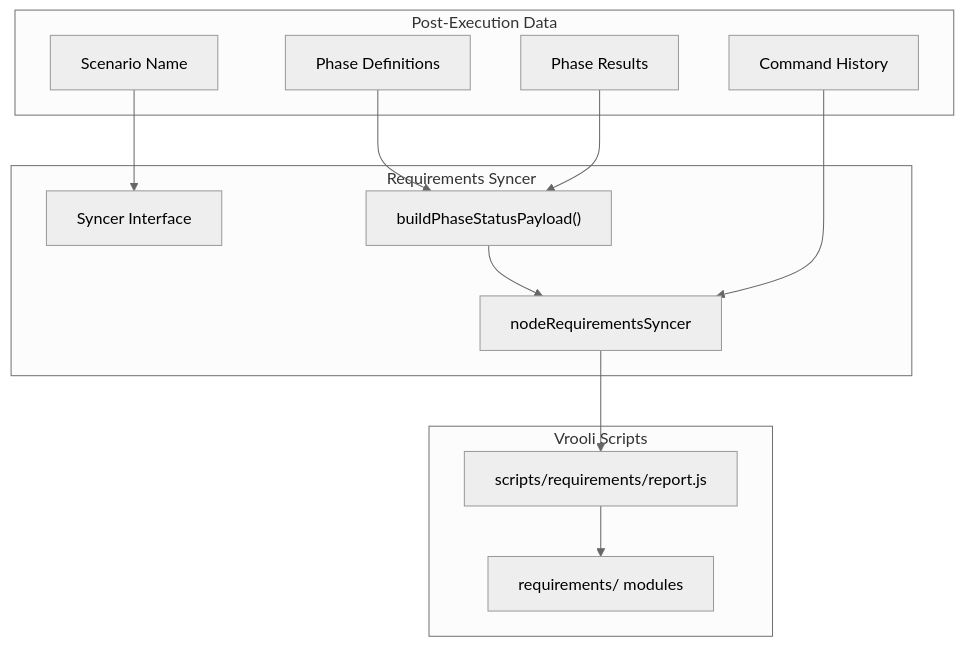
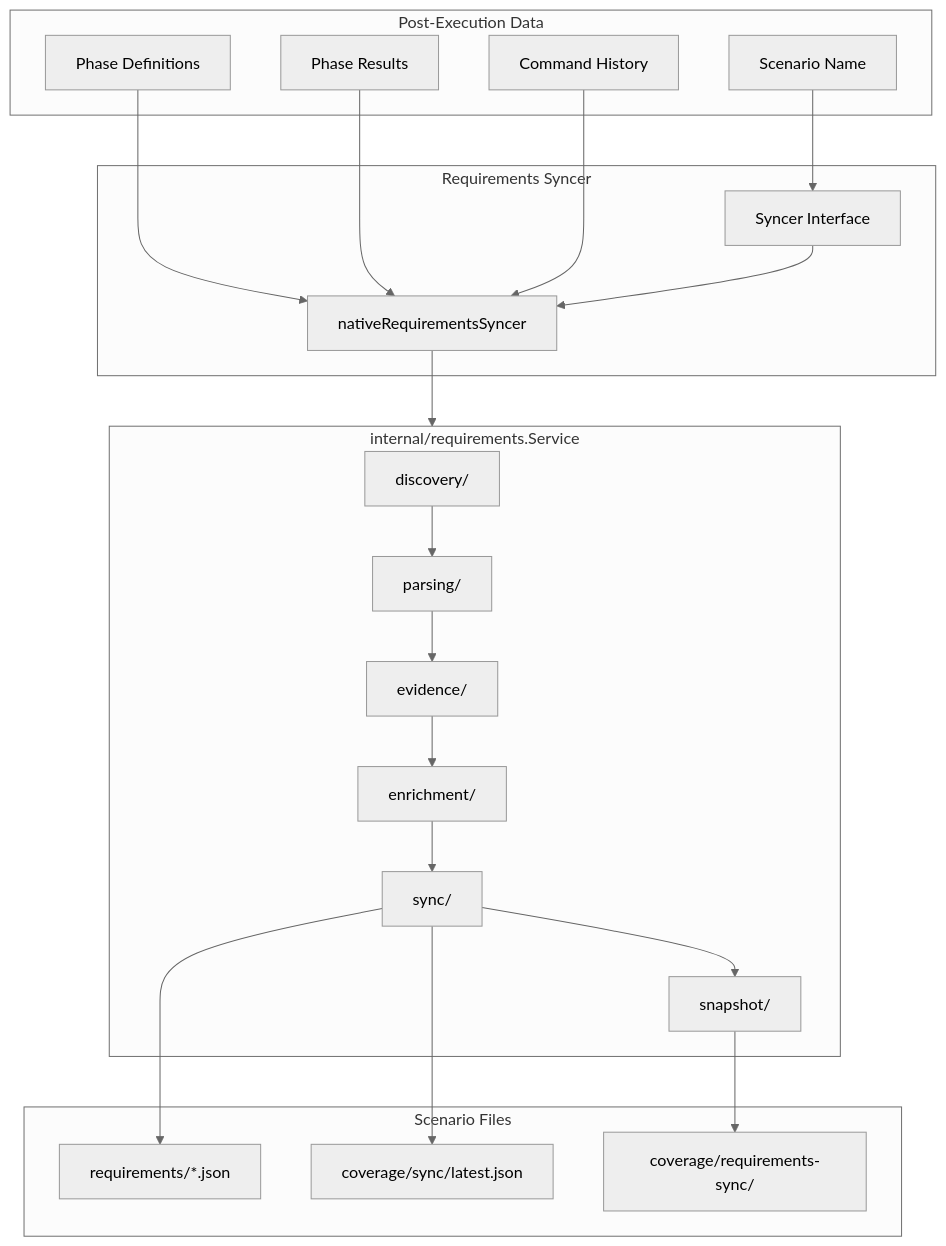
Before and after one commit to Vrooli/Vrooli: the diagram in scenarios/test-genie/api/internal/orchestrator/requirements/README.md, drawn with Mermaid (neutral theme). The commit also changed other lines of this file and 11 other files, not shown here.

````diff
--- a/scenarios/test-genie/api/internal/orchestrator/requirements/README.md
+++ b/scenarios/test-genie/api/internal/orchestrator/requirements/README.md
@@ -7,28 +7,44 @@
 ```mermaid
 flowchart TB
     subgraph Input["Post-Execution Data"]
         scenario["Scenario Name"]
         phases["Phase Definitions"]
         results["Phase Results"]
         history["Command History"]
     end
 
     subgraph Syncer["Requirements Syncer"]
         iface["Syncer Interface"]
-        node["nodeRequirementsSyncer"]
-        payload["buildPhaseStatusPayload()"]
+        native["nativeRequirementsSyncer"]
     end
 
-    subgraph External["Vrooli Scripts"]
-        script["scripts/requirements/report.js"]
-        modules["requirements/ modules"]
+    subgraph Service["internal/requirements.Service"]
+        discovery["discovery/"]
+        parsing["parsing/"]
+        evidence["evidence/"]
+        enrichment["enrichment/"]
+        sync["sync/"]
+        snapshot["snapshot/"]
+    end
+
+    subgraph Output["Scenario Files"]
+        modules["requirements/*.json"]
+        coverage["coverage/sync/latest.json"]
+        snapshots["coverage/requirements-sync/"]
     end
 
     scenario --> iface
-    phases --> payload
-    results --> payload
-    payload --> node
-    history --> node
-    node --> script
-    script --> modules
+    phases --> native
+    results --> native
+    history --> native
+    iface --> native
+    native --> Service
+    discovery --> parsing
+    parsing --> evidence
+    evidence --> enrichment
+    enrichment --> sync
+    sync --> snapshot
+    sync --> modules
+    snapshot --> snapshots
+    sync --> coverage
 ```
````
